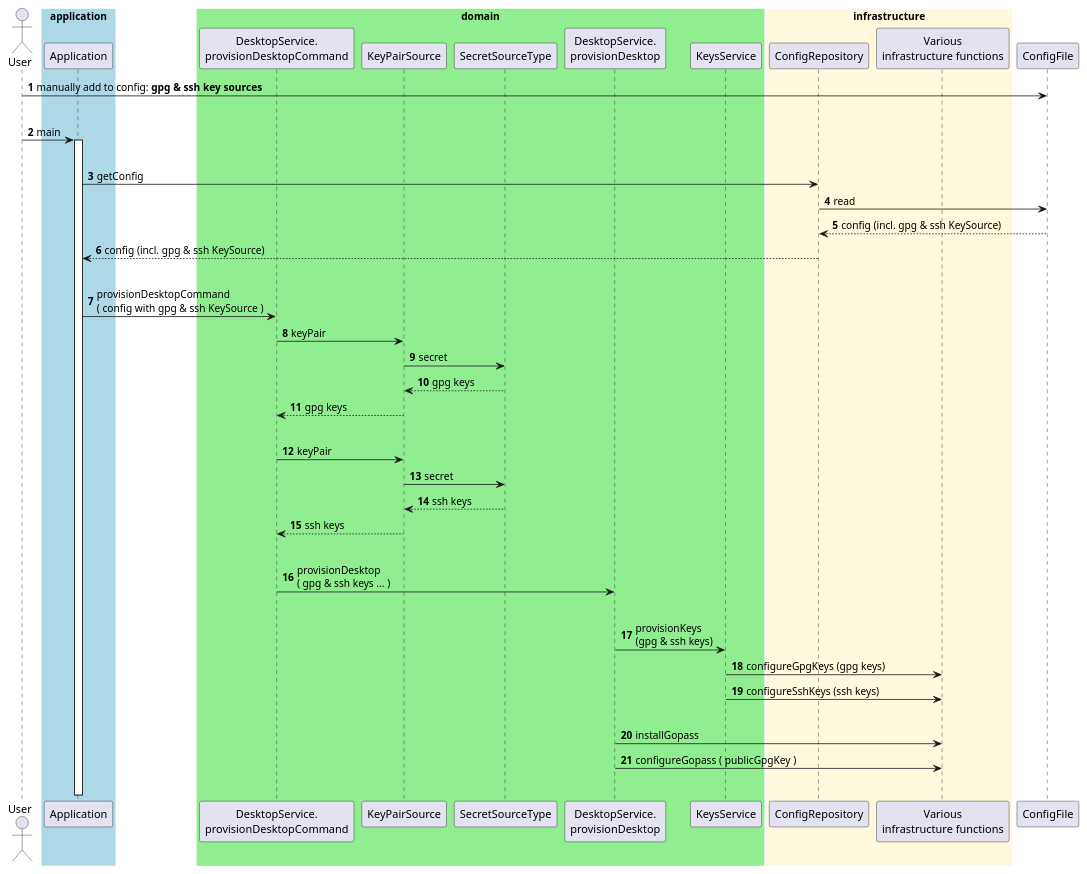
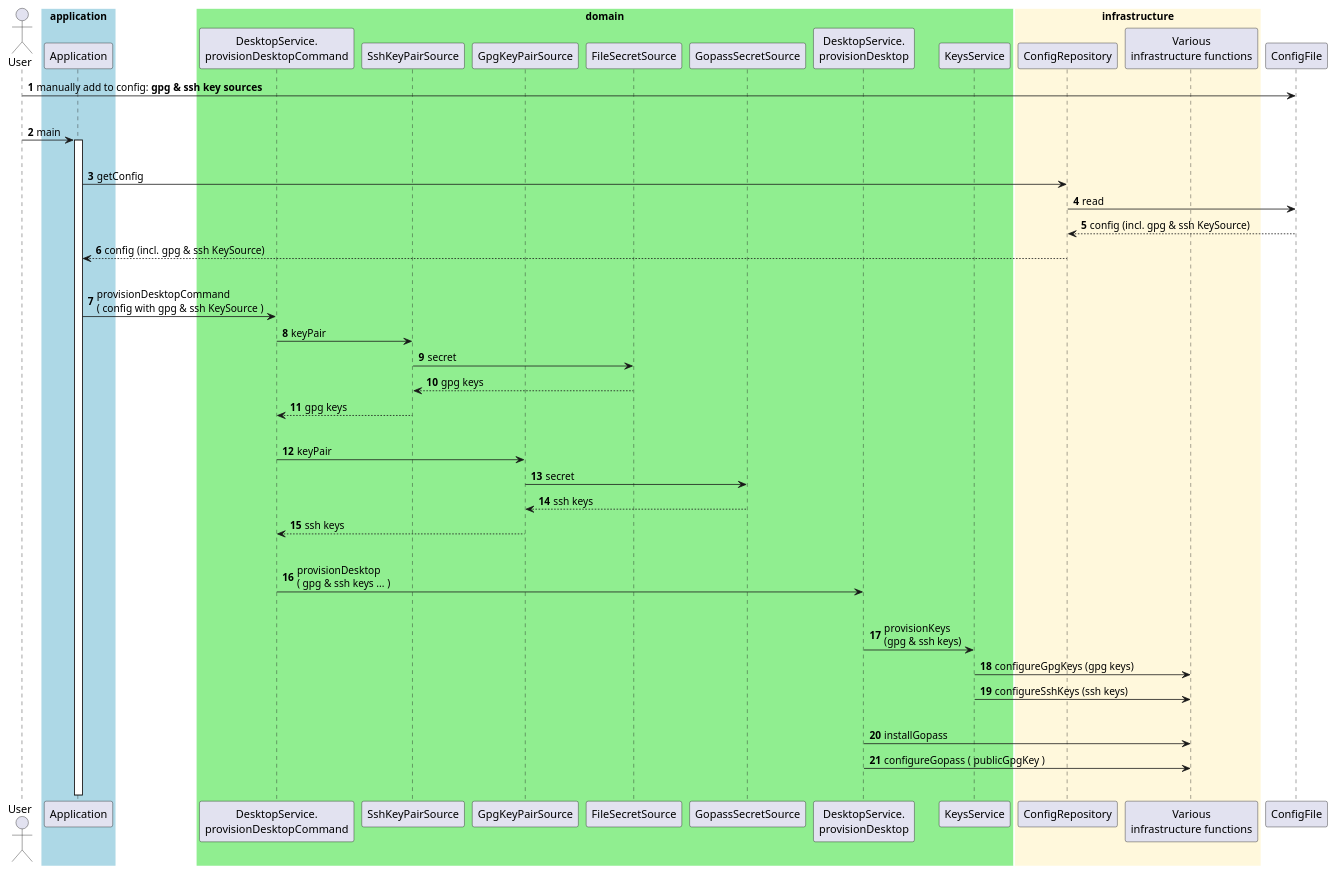
Before and after one commit to DomainDrivenArchitecture/provs: the diagram in doc/ProvisionKeysForDesktop.md, drawn with PlantUML.

Commit message:
[skip ci] update ProvisionKeysForDesktop.md

```diff
--- a/doc/ProvisionKeysForDesktop.md
+++ b/doc/ProvisionKeysForDesktop.md
@@ -17,8 +17,10 @@
 box "domain" #LightGreen
 participant "DesktopService.\nprovisionDesktopCommand" as provisionDesktopCommand
 
-participant KeyPairSource
-participant SecretSourceType
+participant SshKeyPairSource
+participant GpgKeyPairSource
+participant FileSecretSource
+participant GopassSecretSource
 participant "DesktopService.\nprovisionDesktop" as provisionDesktop
 participant "KeysService"
 end box
@@ -50,17 +52,17 @@
 |||
 
 Application -> provisionDesktopCommand : provisionDesktopCommand\n( config with gpg & ssh KeySource )
-provisionDesktopCommand -> KeyPairSource : keyPair
-KeyPairSource -> SecretSourceType : secret
-KeyPairSource <-- SecretSourceType : gpg keys
-provisionDesktopCommand <-- KeyPairSource : gpg keys
+provisionDesktopCommand -> SshKeyPairSource : keyPair
+SshKeyPairSource -> FileSecretSource : secret
+SshKeyPairSource <-- FileSecretSource : gpg keys
+provisionDesktopCommand <-- SshKeyPairSource : gpg keys
 
 |||
 
-provisionDesktopCommand -> KeyPairSource : keyPair
-KeyPairSource -> SecretSourceType : secret
-KeyPairSource <-- SecretSourceType : ssh keys
-provisionDesktopCommand <-- KeyPairSource : ssh keys
+provisionDesktopCommand -> GpgKeyPairSource : keyPair
+GpgKeyPairSource -> GopassSecretSource : secret
+GpgKeyPairSource <-- GopassSecretSource : ssh keys
+provisionDesktopCommand <-- GpgKeyPairSource : ssh keys
 
 |||
 
```
